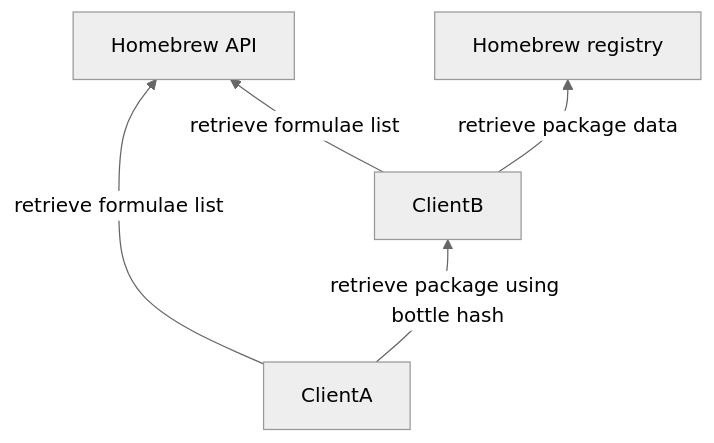
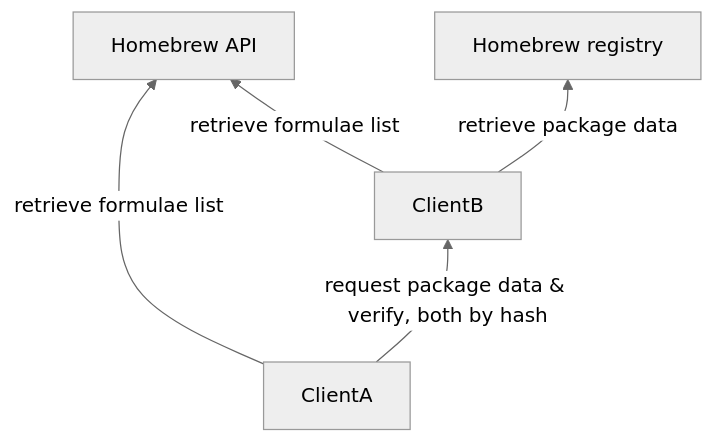
The diagram in README.md (colindean/homebrew-party), drawn with Mermaid (neutral theme) before and after one commit.

Commit message:
Modify flowchart for package request verification
Updated flowchart to reflect changes in package request process.

````diff
--- a/README.md
+++ b/README.md
@@ -13,7 +13,7 @@
 ```mermaid
 flowchart BT
 ClientA --> |retrieve formulae list| HBAPI[Homebrew API]
 ClientB --> |retrieve formulae list| HBAPI
-ClientA --> |retrieve package using bottle hash| ClientB
+ClientA --> |request package data & verify, both by hash| ClientB
 ClientB --> |retrieve package data| HBCR[Homebrew registry]
 ```
````
